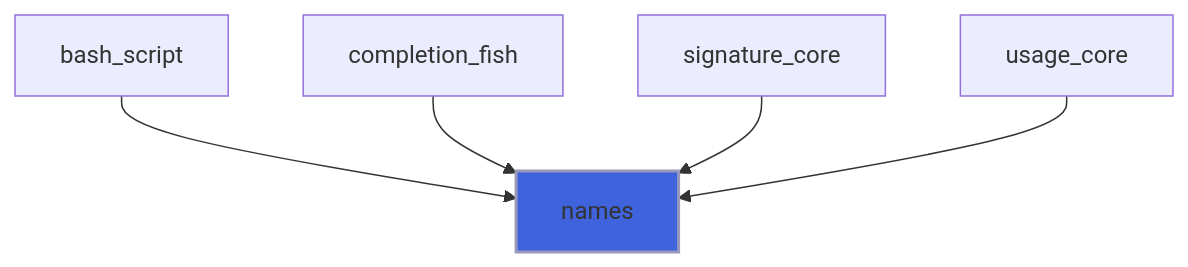
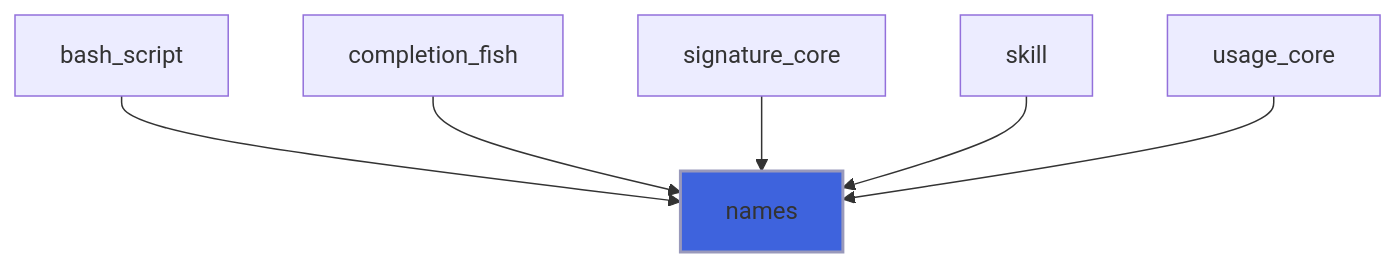
Before and after one commit to szaghi/FLAP: diagram 30 of 43 in docs/api/src/lib/flap_command_line_arguments_group_t.md, drawn with Mermaid. The commit also changed 10 other files, not shown here.

````diff
--- a/docs/api/src/lib/flap_command_line_arguments_group_t.md
+++ b/docs/api/src/lib/flap_command_line_arguments_group_t.md
@@ -1146,8 +1146,9 @@
 ```mermaid
 flowchart TD
   bash_script["bash_script"] --> names["names"]
   completion_fish["completion_fish"] --> names["names"]
   signature_core["signature_core"] --> names["names"]
+  skill["skill"] --> names["names"]
   usage_core["usage_core"] --> names["names"]
   style names fill:#3e63dd,stroke:#99b,stroke-width:2px
 ```
````
